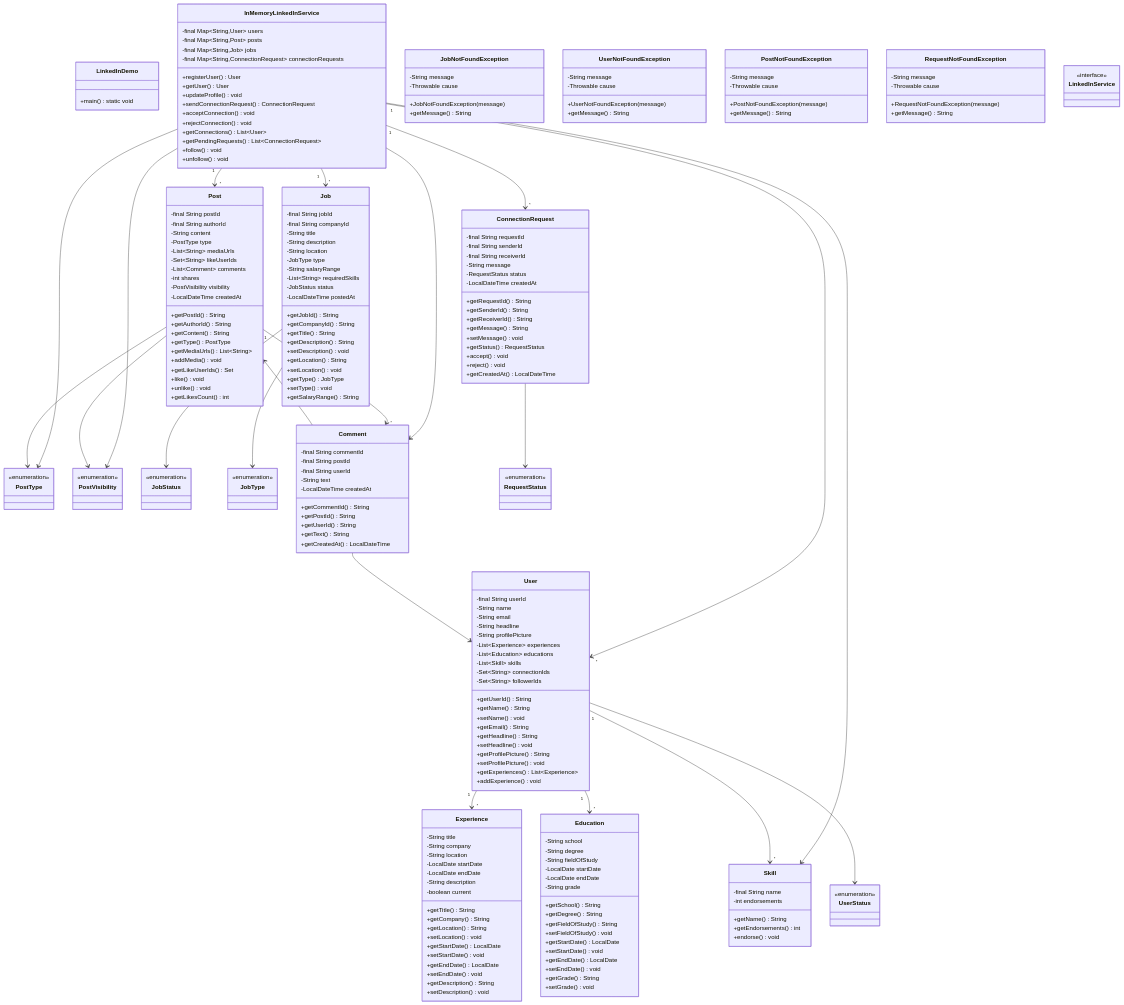
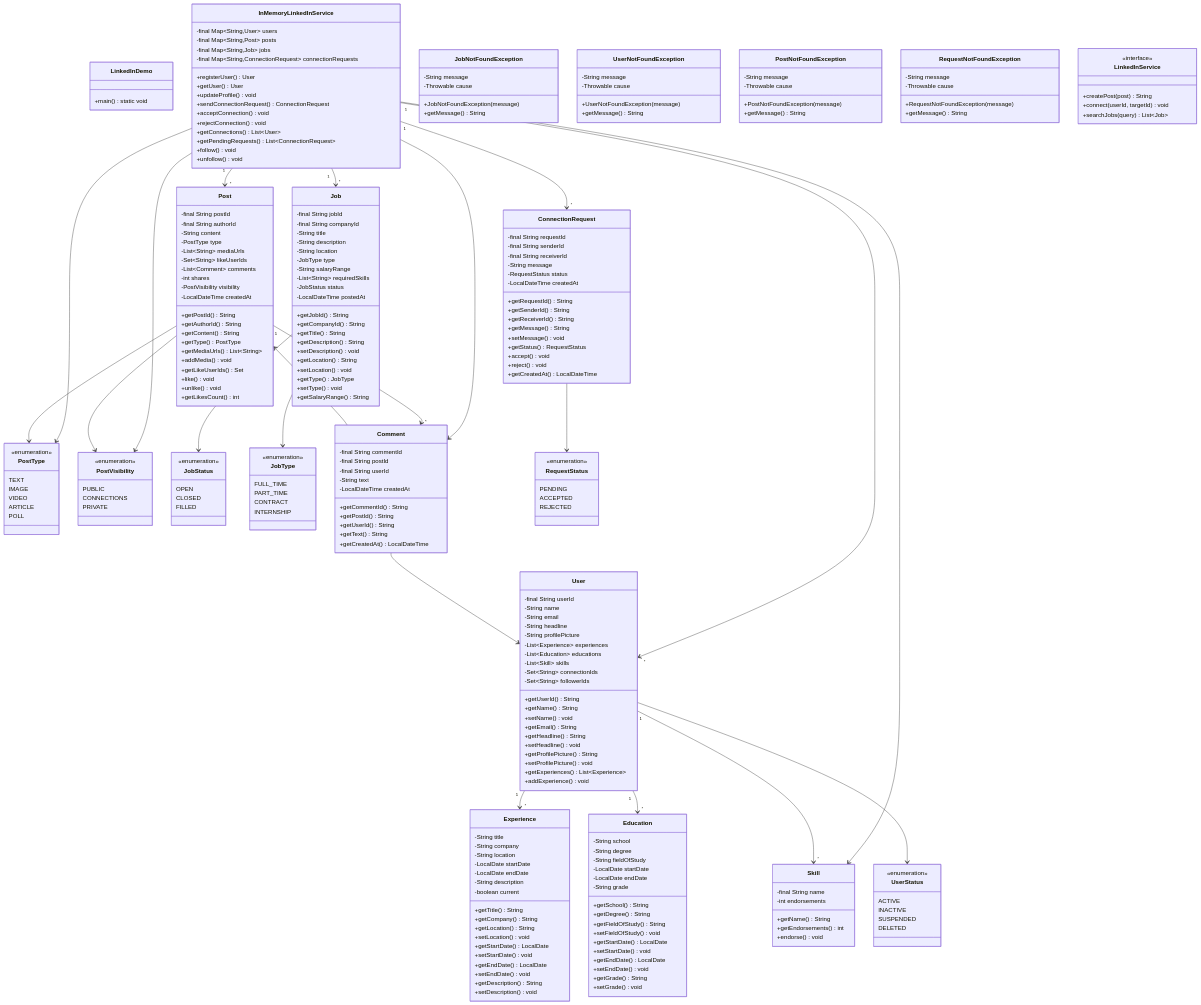
The diagram in docs/problems/linkedin/README.md (dlkr18/lld-playbook), drawn with Mermaid before and after one commit. The commit also changed 95 other files, not shown here.

```diff
--- a/docs/problems/linkedin/README.md
+++ b/docs/problems/linkedin/README.md
@@ -166,8 +166,14 @@
         +endorse() void
     }
 
-    class PostType
-    <<enumeration>> PostType
+    class PostType {
+        <<enumeration>>
+        TEXT
+        IMAGE
+        VIDEO
+        ARTICLE
+        POLL
+    }
 
     class ConnectionRequest {
         -final String requestId
@@ -233,8 +239,12 @@
         +addExperience() void
     }
 
-    class PostVisibility
-    <<enumeration>> PostVisibility
+    class PostVisibility {
+        <<enumeration>>
+        PUBLIC
+        CONNECTIONS
+        PRIVATE
+    }
 
     class Experience {
         -String title
@@ -256,11 +266,20 @@
         +setDescription() void
     }
 
-    class JobStatus
-    <<enumeration>> JobStatus
+    class JobStatus {
+        <<enumeration>>
+        OPEN
+        CLOSED
+        FILLED
+    }
 
-    class JobType
-    <<enumeration>> JobType
+    class JobType {
+        <<enumeration>>
+        FULL_TIME
+        PART_TIME
+        CONTRACT
+        INTERNSHIP
+    }
 
     class Comment {
         -final String commentId
@@ -275,8 +294,13 @@
         +getCreatedAt() LocalDateTime
     }
 
-    class UserStatus
-    <<enumeration>> UserStatus
+    class UserStatus {
+        <<enumeration>>
+        ACTIVE
+        INACTIVE
+        SUSPENDED
+        DELETED
+    }
 
     class Education {
         -String school
@@ -297,11 +321,19 @@
         +setGrade() void
     }
 
-    class RequestStatus
-    <<enumeration>> RequestStatus
+    class RequestStatus {
+        <<enumeration>>
+        PENDING
+        ACCEPTED
+        REJECTED
+    }
 
-    class LinkedInService
-    <<interface>> LinkedInService
+    class LinkedInService {
+        <<interface>>
+        +createPost(post) String
+        +connect(userId, targetId) void
+        +searchJobs(query) List~Job~
+    }
 
     InMemoryLinkedInService "1" --> "*" User
     InMemoryLinkedInService "1" --> "*" Post
```
